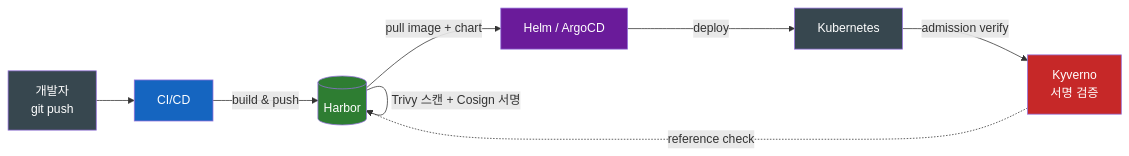
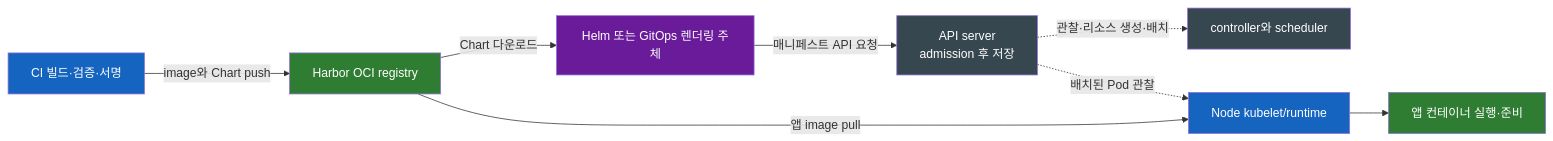
The first of 6 diagrams in kubernetes/Helm과-Harbor를-왜-같이-써야-하는가.md (sskim91/TIL), drawn with Mermaid before and after one commit. The commit also changed other lines of this file and 39 other files, not shown here.

````diff
--- a/kubernetes/Helm과-Harbor를-왜-같이-써야-하는가.md
+++ b/kubernetes/Helm과-Harbor를-왜-같이-써야-하는가.md
@@ -18,17 +24,17 @@
 ```mermaid
 flowchart LR
-    Dev[개발자<br>git push] --> CI[CI/CD]
-    CI -->|build & push| Harbor[(Harbor)]
-    Harbor -->|Trivy 스캔 + Cosign 서명| Harbor
-    Harbor -->|pull image + chart| Helm[Helm / ArgoCD]
-    Helm -->|deploy| K8s[Kubernetes]
-    K8s -->|admission verify| Kyverno[Kyverno<br>서명 검증]
-    Kyverno -.->|reference check| Harbor
-
-    style Dev fill:#37474F,color:#fff
+    CI["CI 빌드·검증·서명"] -->|image와 Chart push| R["Harbor OCI registry"]
+    R -->|Chart 다운로드| H["Helm 또는 GitOps 렌더링 주체"]
+    H -->|매니페스트 API 요청| A["API server<br>admission 후 저장"]
+    A -.->|관찰·리소스 생성·배치| C["controller와 scheduler"]
+    A -.->|배치된 Pod 관찰| N["Node kubelet/runtime"]
+    R -->|앱 image pull| N
+    N --> P["앱 컨테이너 실행·준비"]
     style CI fill:#1565C0,color:#fff
-    style Harbor fill:#2E7D32,color:#fff
-    style Helm fill:#6A1B9A,color:#fff
-    style K8s fill:#37474F,color:#fff
-    style Kyverno fill:#C62828,color:#fff
+    style R fill:#2E7D32,color:#fff
+    style H fill:#6A1B9A,color:#fff
+    style A fill:#37474F,color:#fff
+    style C fill:#37474F,color:#fff
+    style N fill:#1565C0,color:#fff
+    style P fill:#2E7D32,color:#fff
 ```
````
